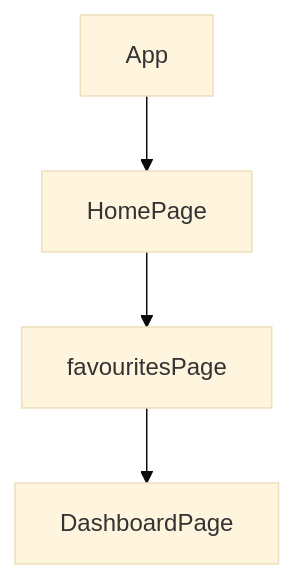
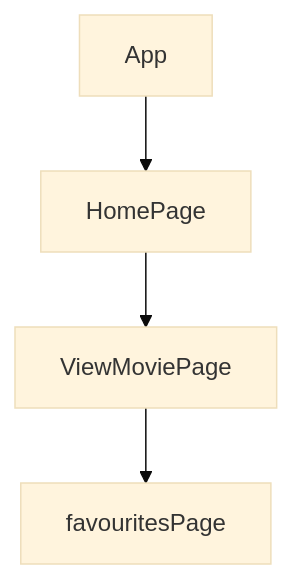
The diagram in README.md (shikhu51197/chi_network-Assign), drawn with Mermaid (base theme) before and after one commit. The commit also changed other lines of this file, not shown here.

````diff
--- a/README.md
+++ b/README.md
@@ -95,8 +89,8 @@
 ```mermaid
 graph TD;
  App-->HomePage
-HomePage-->favouritesPage
-favouritesPage--> DashboardPage
+HomePage-->ViewMoviePage
+ViewMoviePage-->favouritesPage
 
 
 ```
````
